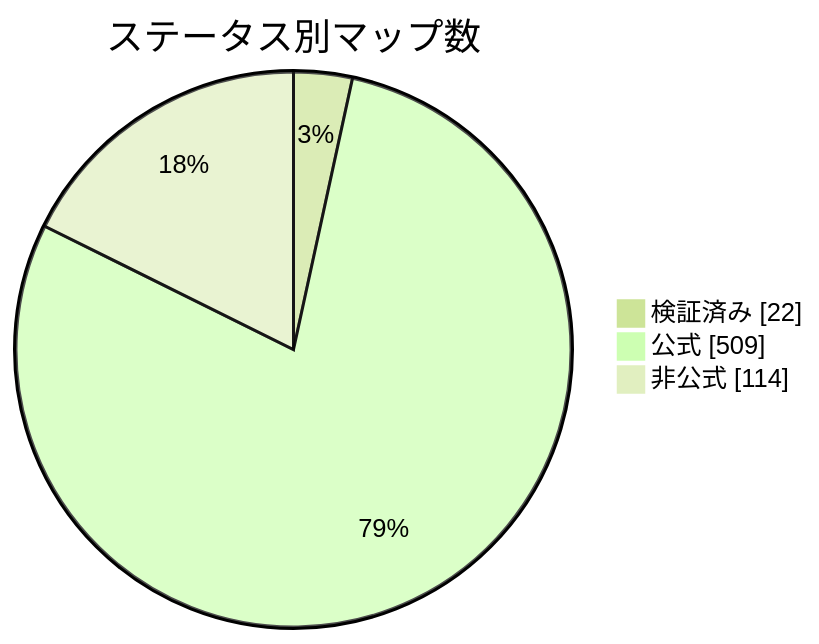
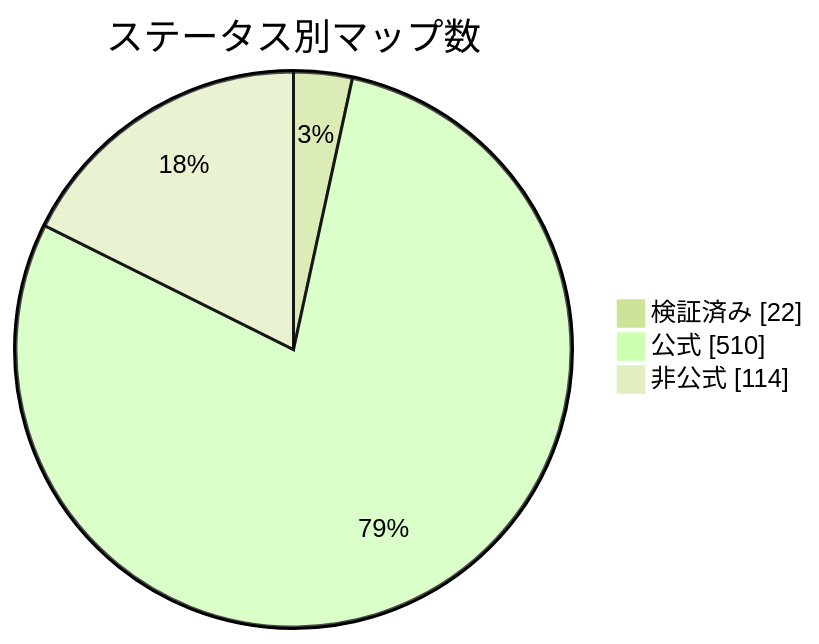
The diagram in docs/readme/README_JP.md (nobrega8/mbmap-library), drawn with Mermaid (forest theme) before and after one commit. The commit also changed 6 other files, not shown here.

````diff
--- a/docs/readme/README_JP.md
+++ b/docs/readme/README_JP.md
@@ -54,7 +54,7 @@
 ```mermaid
 pie showData
     title ステータス別マップ数
     "検証済み" : 22
-    "公式" : 509
+    "公式" : 510
     "非公式" : 114
 ```
````
